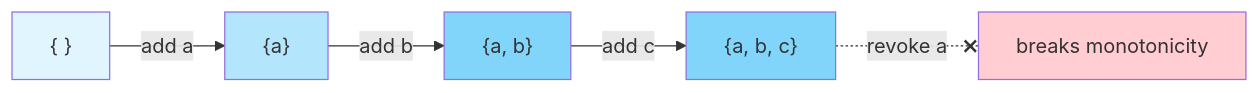
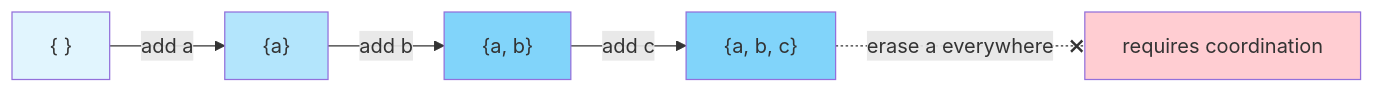
Before and after one commit to hxrts/weboftru.st: the second of 2 diagrams in content/post/07-triangle-of-forgetting.md, drawn with Mermaid. The commit also changed other lines of this file, not shown here.

````diff
--- a/content/post/07-triangle-of-forgetting.md
+++ b/content/post/07-triangle-of-forgetting.md
@@ -105,12 +82,12 @@
 ```mermaid
 flowchart LR
     S0["{ }"] -->|add a| S1["{a}"]
     S1 -->|add b| S2["{a, b}"]
     S2 -->|add c| S3["{a, b, c}"]
-    S3 -.revoke a.-x X[breaks monotonicity]
+    S3 -.erase a everywhere.-x X[requires coordination]
     style S0 fill:#e1f5fe
     style S1 fill:#b3e5fc
     style S2 fill:#81d4fa
     style S3 fill:#81d4fa
     style X fill:#ffcdd2
 ```
````
